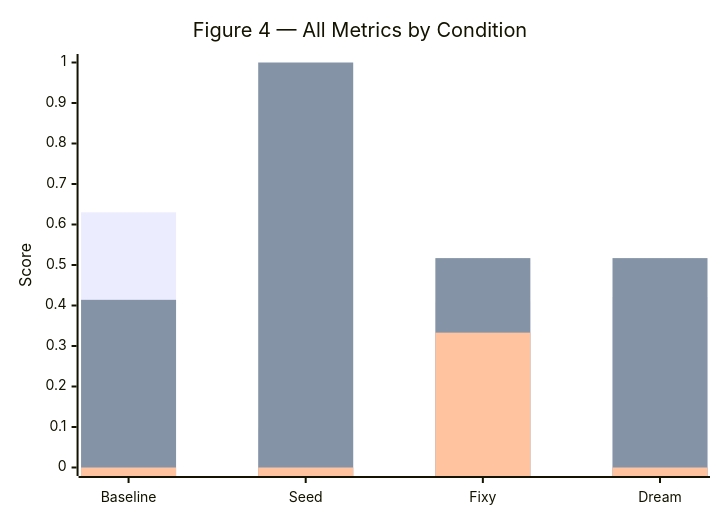
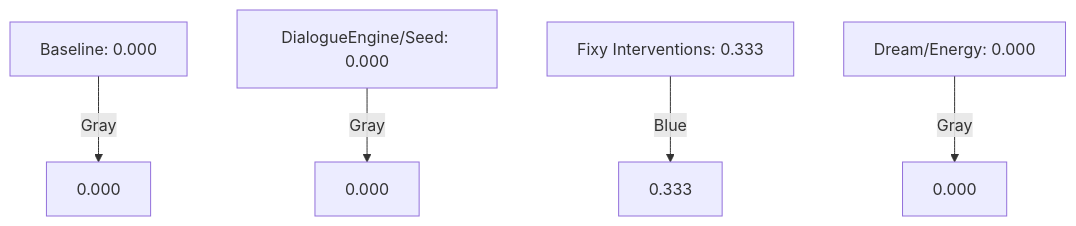
One commit to sivanhavkin/Entelgia changed the third of 4 diagrams in research.md. Above: the diagram before and after it, drawn with Mermaid. The commit also changed other lines of this file, not shown here.

Commit message:
Updated sections 5.1 and 5.3 of research.md to enhance graph visualizations.

````diff
--- a/research.md
+++ b/research.md
@@ -159,9 +29,7 @@
 ```mermaid
-xychart-beta
-    title "Figure 4 — All Metrics by Condition"
-    x-axis ["Baseline", "Seed", "Fixy", "Dream"]
-    y-axis "Score" 0 --> 1
-    bar [0.630, 0.097, 0.409, 0.421]
-    bar [0.414, 1.000, 0.517, 0.517]
-    bar [0.000, 0.000, 0.333, 0.000]
+graph TD;
+    A[Baseline: 0.000] -->|Gray| A1[0.000]
+    B[DialogueEngine/Seed: 0.000] -->|Gray| B1[0.000]
+    C[Fixy Interventions: 0.333] -->|Blue| C1[0.333]
+    D[Dream/Energy: 0.000] -->|Gray| D1[0.000]
 ```
````
